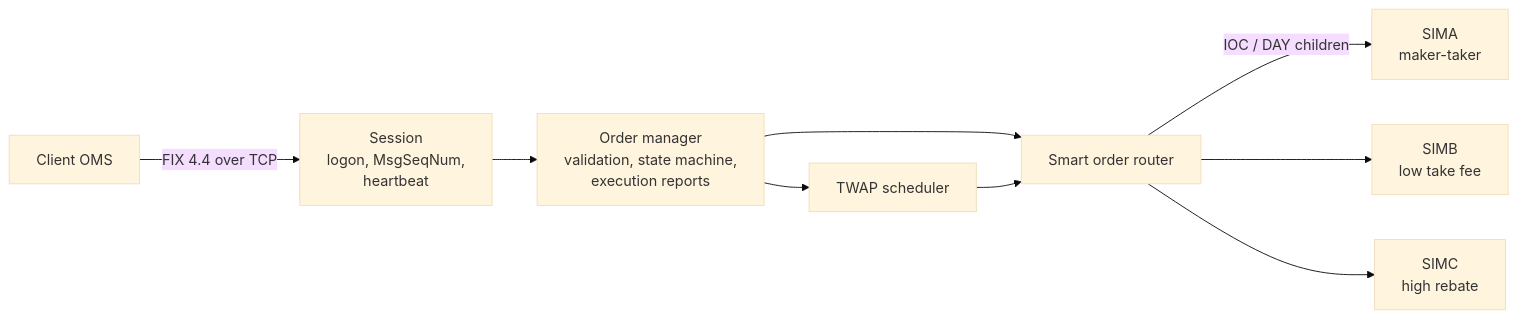
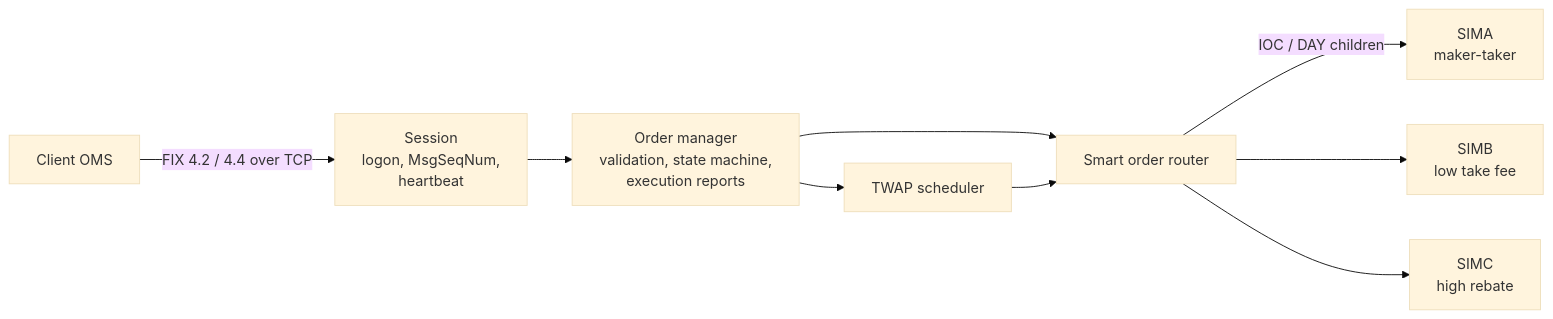
The diagram in README.md (ravitvavilala/fix-order-simulator), drawn with Mermaid (base theme) before and after one commit. The commit also changed other lines of this file and 11 other files, not shown here.

````diff
--- a/README.md
+++ b/README.md
@@ -42,11 +43,11 @@
 ```mermaid
 flowchart LR
-    C[Client OMS] -- FIX 4.4 over TCP --> S[Session<br/>logon, MsgSeqNum,<br/>heartbeat]
+    C[Client OMS] -- FIX 4.2 / 4.4 over TCP --> S[Session<br/>logon, MsgSeqNum,<br/>heartbeat]
     S --> E[Order manager<br/>validation, state machine,<br/>execution reports]
     E --> T[TWAP scheduler]
     E --> R[Smart order router]
     T --> R
     R -- IOC / DAY children --> A[SIMA<br/>maker-taker]
     R --> B[SIMB<br/>low take fee]
     R --> V[SIMC<br/>high rebate]
 ```
````
